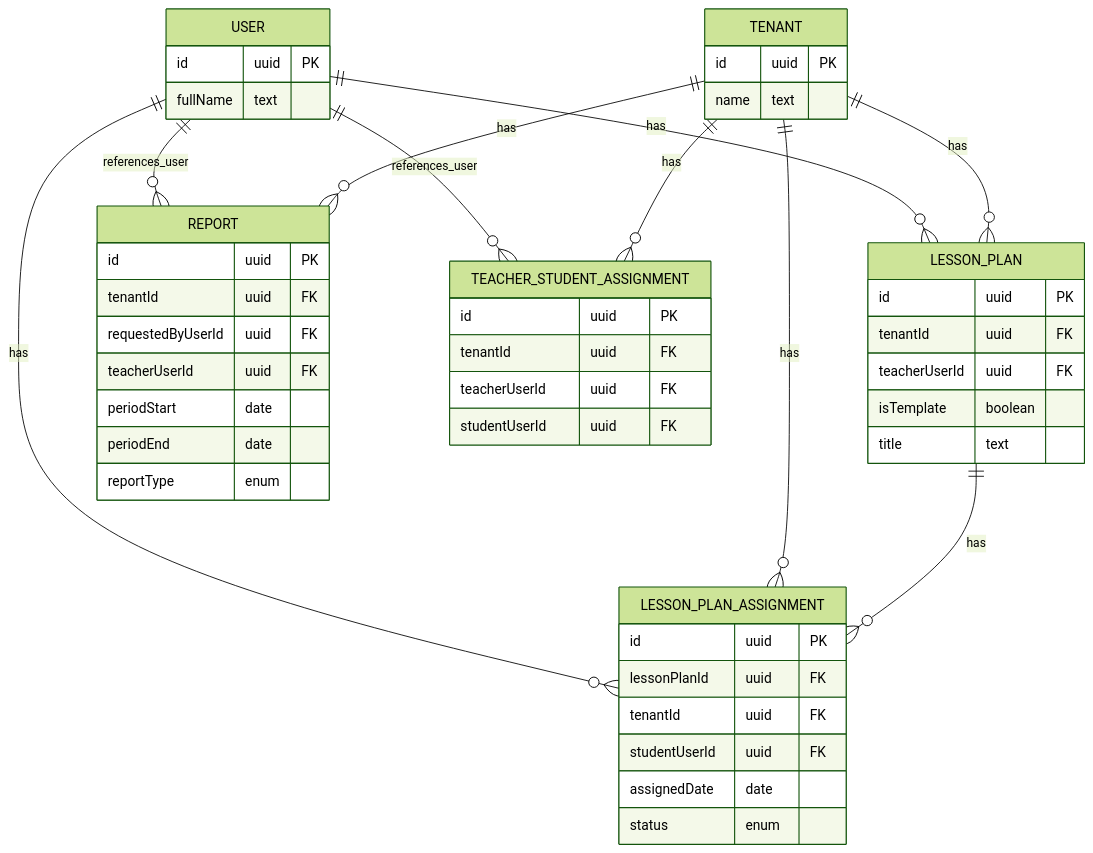
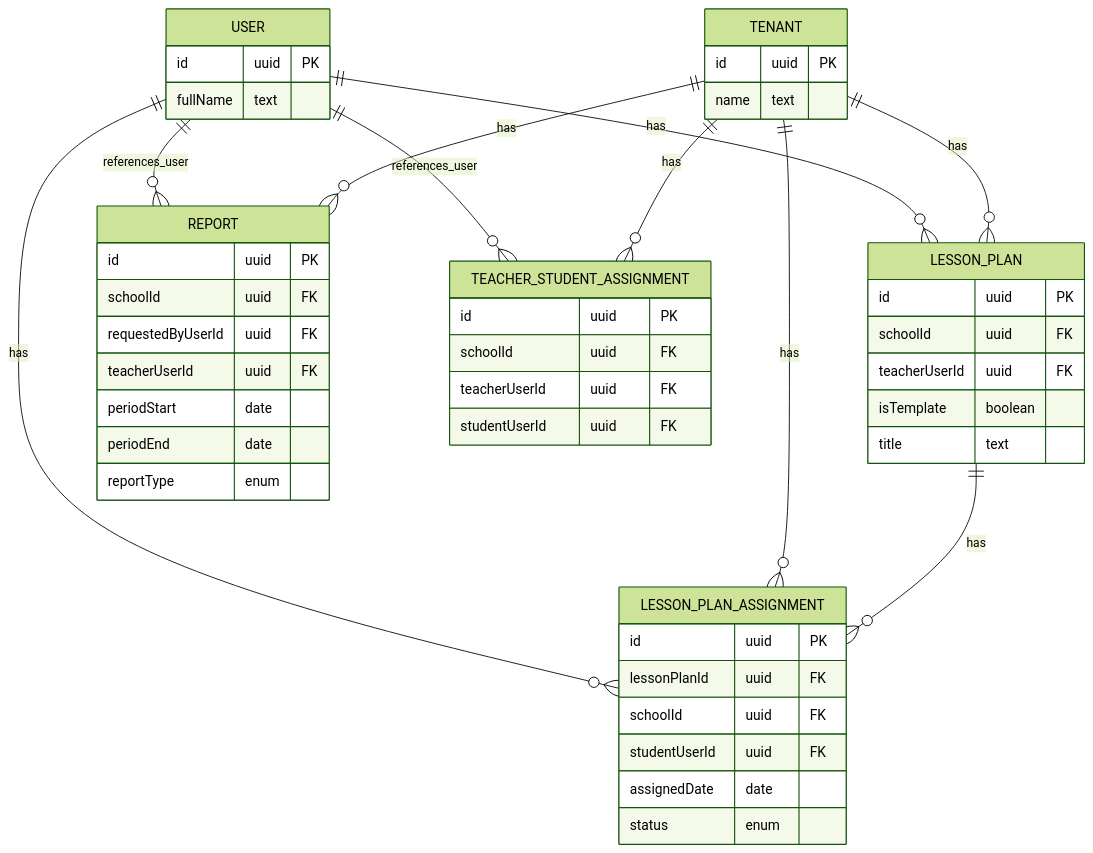
One commit to KaterynaKocheharova/Multi-tenant-architecture changed the fourth of 4 diagrams in architecture-homework/diagrams/erd.md. Above: the diagram before and after it, drawn with Mermaid (forest theme). The commit also changed other lines of this file and 9 other files, not shown here.

````diff
--- a/architecture-homework/diagrams/erd.md
+++ b/architecture-homework/diagrams/erd.md
@@ -283,56 +283,56 @@
 ```mermaid
 erDiagram
     TENANT {
         id uuid PK
         name text
     }
 
     USER {
         id uuid PK
         fullName text
     }
 
     LESSON_PLAN {
         id uuid PK
-        tenantId uuid FK
+        schoolId uuid FK
         teacherUserId uuid FK
         isTemplate boolean
         title text
     }
 
     LESSON_PLAN_ASSIGNMENT {
         id uuid PK
         lessonPlanId uuid FK
-        tenantId uuid FK
+        schoolId uuid FK
         studentUserId uuid FK
         assignedDate date
         status enum
     }
 
     REPORT {
         id uuid PK
-        tenantId uuid FK
+        schoolId uuid FK
         requestedByUserId uuid FK
         teacherUserId uuid FK
         periodStart date
         periodEnd date
         reportType enum
     }
 
     TEACHER_STUDENT_ASSIGNMENT {
         id uuid PK
-        tenantId uuid FK
+        schoolId uuid FK
         teacherUserId uuid FK
         studentUserId uuid FK
     }
 
     TENANT ||--o{ LESSON_PLAN : has
     USER ||--o{ LESSON_PLAN : has
     LESSON_PLAN ||--o{ LESSON_PLAN_ASSIGNMENT : has
     TENANT ||--o{ LESSON_PLAN_ASSIGNMENT : has
     USER ||--o{ LESSON_PLAN_ASSIGNMENT : has
     TENANT ||--o{ TEACHER_STUDENT_ASSIGNMENT : has
     USER ||--o{ TEACHER_STUDENT_ASSIGNMENT : references_user
     TENANT ||--o{ REPORT : has
     USER ||--o{ REPORT : references_user
 ```
````
